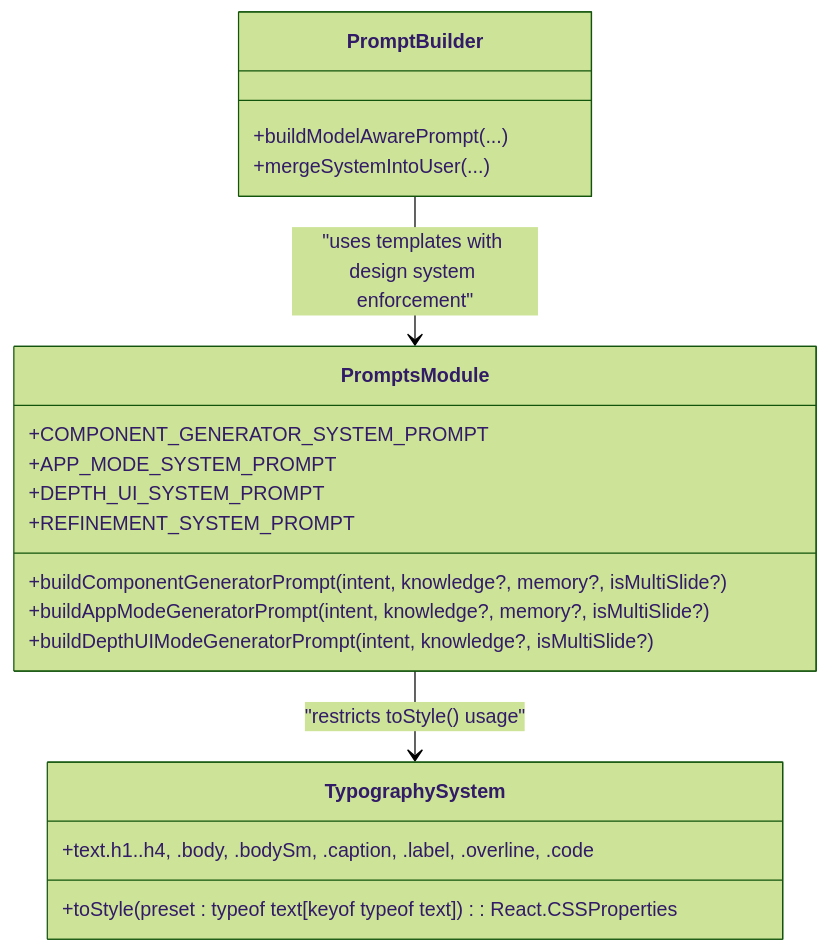
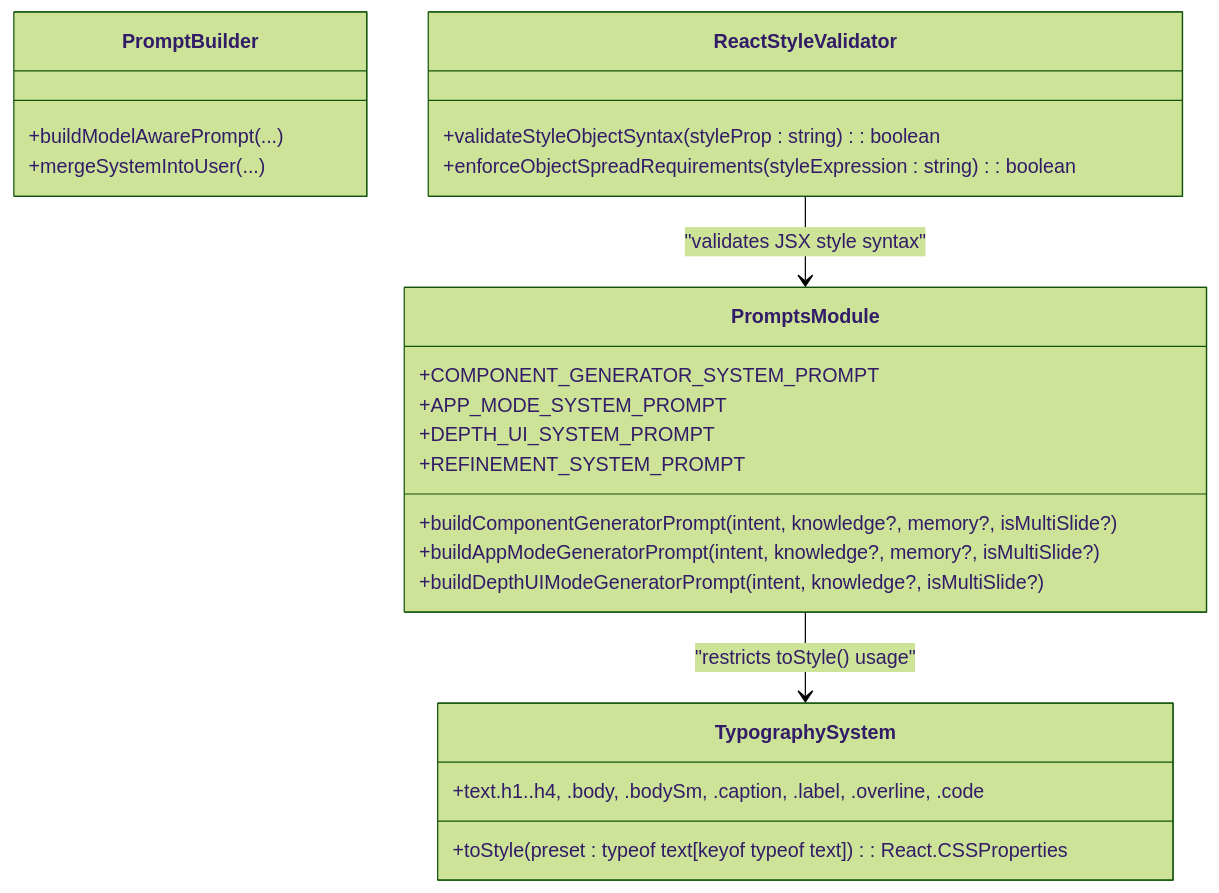
The fourth of 12 diagrams in .qoder/repowiki/en/content/AI Generation Engine/Core Generation Pipeline/Prompt Engineering & Context Injection.md (shekhargiri005-dotcom/AI-powered-accessibility-first-UI-engine), drawn with Mermaid (forest theme) before and after one commit. The commit also changed other lines of this file and 8 other files, not shown here.

````diff
--- a/.qoder/repowiki/en/content/AI Generation Engine/Core Generation Pipeline/Prompt Engineering & Context Injection.md
+++ b/.qoder/repowiki/en/content/AI Generation Engine/Core Generation Pipeline/Prompt Engineering & Context Injection.md
@@ -253,22 +276,26 @@
 ```mermaid
 classDiagram
 class PromptsModule {
 +COMPONENT_GENERATOR_SYSTEM_PROMPT
 +APP_MODE_SYSTEM_PROMPT
 +DEPTH_UI_SYSTEM_PROMPT
 +REFINEMENT_SYSTEM_PROMPT
 +buildComponentGeneratorPrompt(intent, knowledge?, memory?, isMultiSlide?)
 +buildAppModeGeneratorPrompt(intent, knowledge?, memory?, isMultiSlide?)
 +buildDepthUIModeGeneratorPrompt(intent, knowledge?, isMultiSlide?)
 }
 class PromptBuilder {
 +buildModelAwarePrompt(...)
 +mergeSystemIntoUser(...)
 }
 class TypographySystem {
 +text.h1..h4, .body, .bodySm, .caption, .label, .overline, .code
 +toStyle(preset : typeof text[keyof typeof text]) : React.CSSProperties
 }
-PromptBuilder --> PromptsModule : "uses templates with design system enforcement"
+class ReactStyleValidator {
++validateStyleObjectSyntax(styleProp : string) : boolean
++enforceObjectSpreadRequirements(styleExpression : string) : boolean
+}
 PromptsModule --> TypographySystem : "restricts toStyle() usage"
+ReactStyleValidator --> PromptsModule : "validates JSX style syntax"
 ```
````
